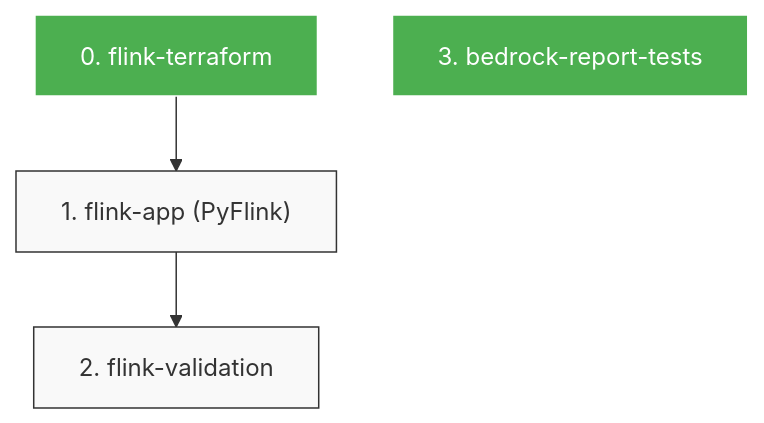
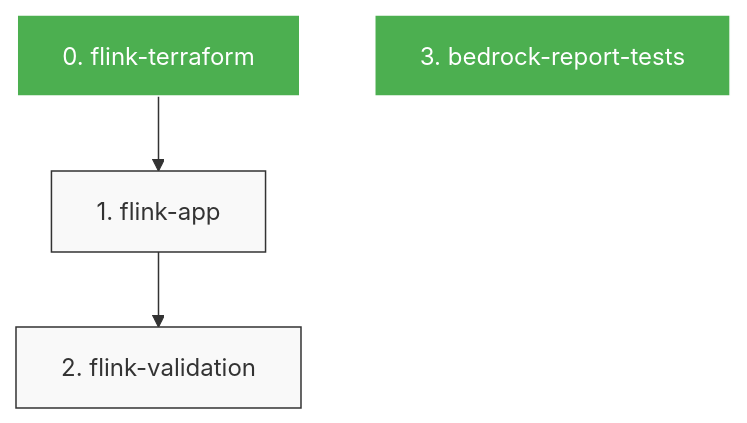
Before and after one commit to masondev1024/robot-data-pipeline: the diagram in phases/3-realtime/DAG.md, drawn with Mermaid. The commit also changed other lines of this file, not shown here.

Commit message:
feat(3-realtime): step 1 — flink-app

````diff
--- a/phases/3-realtime/DAG.md
+++ b/phases/3-realtime/DAG.md
@@ -3,17 +3,17 @@
 ```mermaid
 graph TD
   classDef completed fill:#4CAF50,stroke:#fff,color:#fff;
   classDef pending fill:#f9f9f9,stroke:#333;
   classDef error fill:#f44336,stroke:#fff,color:#fff;
   classDef blocked fill:#FF9800,stroke:#fff,color:#fff;
   S0["0. flink-terraform"]
   class S0 completed;
-  S1["1. flink-app (PyFlink)"]
+  S1["1. flink-app"]
   class S1 pending;
+  S0 --> S1
   S2["2. flink-validation"]
   class S2 pending;
+  S1 --> S2
   S3["3. bedrock-report-tests"]
   class S3 completed;
-  S0 --> S1
-  S1 --> S2
 ```
````
